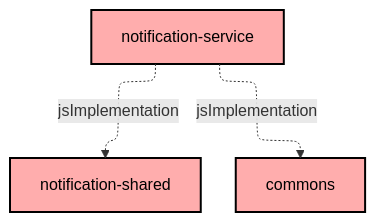
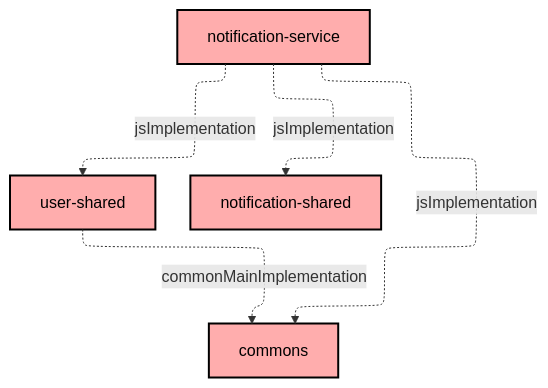
One commit to Norby99/munchies changed the diagram in notification-service/README.md. Above: the diagram before and after it, drawn with Mermaid. The commit also changed 9 other files, not shown here.

Commit message:
refactor: shared depends on commons

````diff
--- a/notification-service/README.md
+++ b/notification-service/README.md
@@ -6,17 +6,20 @@
 ```mermaid
 ---
 config:
   layout: elk
   elk:
     nodePlacementStrategy: SIMPLE
 ---
 graph TB
+  :user-shared[user-shared]:::unknown
   :notification-shared[notification-shared]:::unknown
   :notification-service[notification-service]:::unknown
   :commons[commons]:::unknown
 
   :notification-service -.->|jsImplementation| :commons
   :notification-service -.->|jsImplementation| :notification-shared
+  :notification-service -.->|jsImplementation| :user-shared
+  :user-shared -.->|commonMainImplementation| :commons
 
 classDef unknown fill:#FFADAD,stroke:#000,stroke-width:2px,color:#000;
 ```
````
